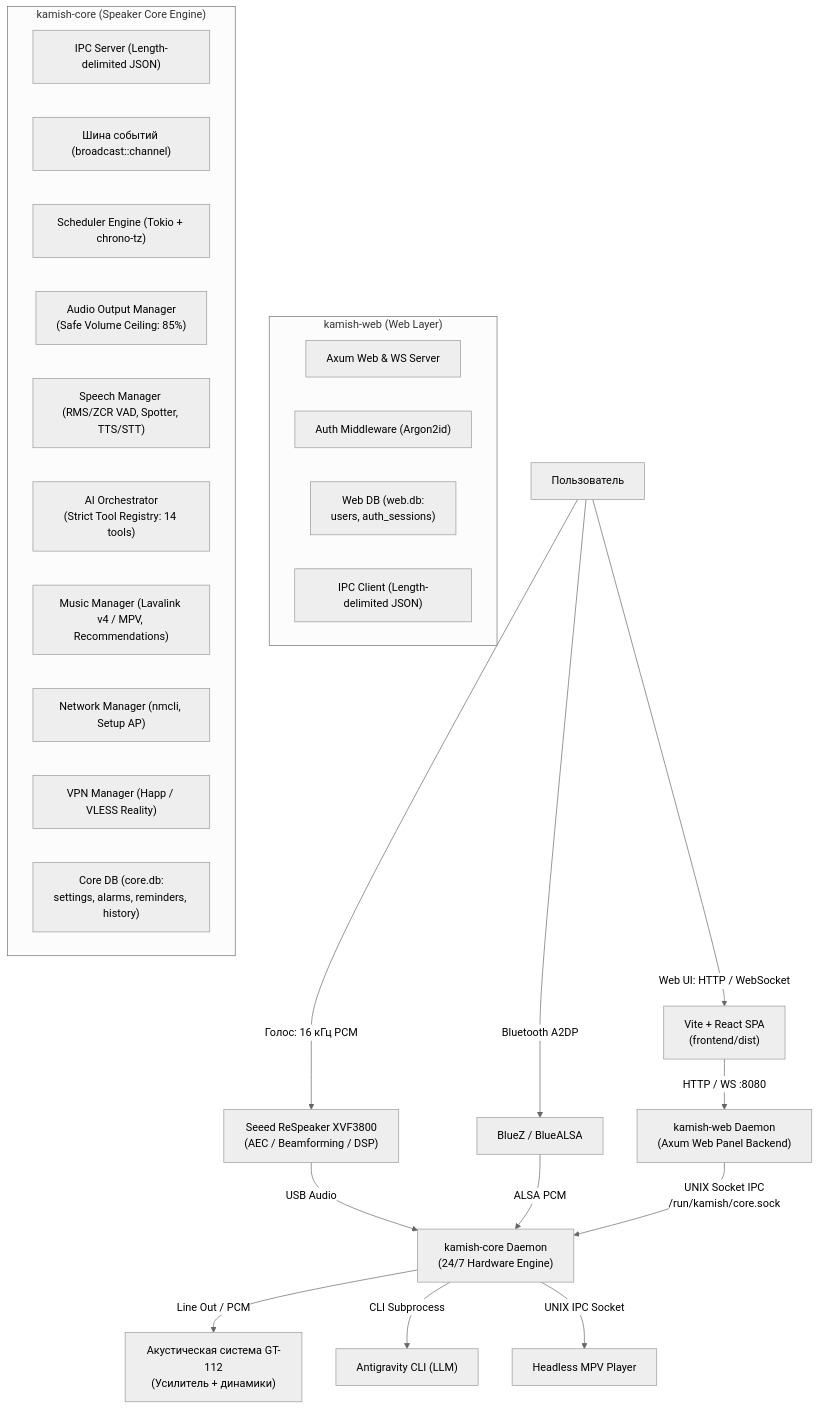
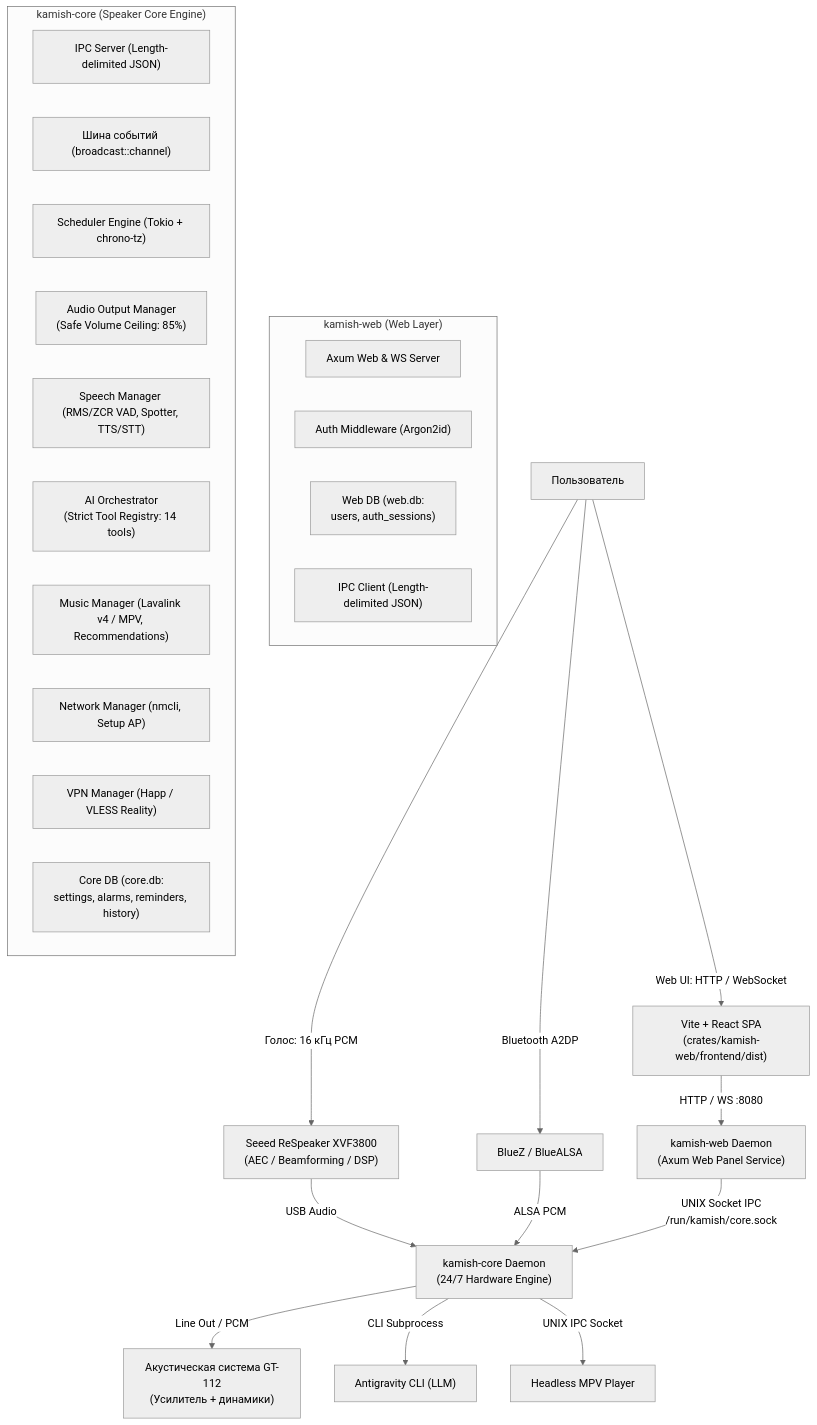
The diagram in docs/ARCHITECTURE.md (kash-ts/kamish-os), drawn with Mermaid (neutral theme) before and after one commit. The commit also changed other lines of this file and 11 other files, not shown here.

````diff
--- a/docs/ARCHITECTURE.md
+++ b/docs/ARCHITECTURE.md
@@ -11,36 +11,36 @@
 ```mermaid
 graph TD
     User["Пользователь"] -->|Голос: 16 кГц PCM| ReSpeaker["Seeed ReSpeaker XVF3800\n(AEC / Beamforming / DSP)"]
-    User -->|Web UI: HTTP / WebSocket| WebUI["Vite + React SPA\n(frontend/dist)"]
+    User -->|Web UI: HTTP / WebSocket| WebUI["Vite + React SPA\n(crates/kamish-web/frontend/dist)"]
     User -->|Bluetooth A2DP| BlueZ["BlueZ / BlueALSA"]
 
     ReSpeaker -->|USB Audio| Core["kamish-core Daemon\n(24/7 Hardware Engine)"]
     BlueZ -->|ALSA PCM| Core
 
-    WebUI -->|HTTP / WS :8080| Web["kamish-web Daemon\n(Axum Web Panel Backend)"]
+    WebUI -->|HTTP / WS :8080| Web["kamish-web Daemon\n(Axum Web Panel Service)"]
     Web -->|UNIX Socket IPC\n/run/kamish/core.sock| Core
 
     subgraph Kamish_Web ["kamish-web (Web Layer)"]
         WebAxum["Axum Web & WS Server"]
         WebAuth["Auth Middleware (Argon2id)"]
         WebDb["Web DB (web.db:\nusers, auth_sessions)"]
         IpcCl["IPC Client (Length-delimited JSON)"]
     end
 
     subgraph Kamish_Core ["kamish-core (Speaker Core Engine)"]
         IpcSrv["IPC Server (Length-delimited JSON)"]
         EventBus["Шина событий (broadcast::channel)"]
         Scheduler["Scheduler Engine (Tokio + chrono-tz)"]
         AudioMgr["Audio Output Manager\n(Safe Volume Ceiling: 85%)"]
         SpeechMgr["Speech Manager (RMS/ZCR VAD, Spotter, TTS/STT)"]
         AiOrch["AI Orchestrator\n(Strict Tool Registry: 14 tools)"]
         MusicMgr["Music Manager (Lavalink v4 / MPV, Recommendations)"]
         NetMgr["Network Manager (nmcli, Setup AP)"]
         VpnMgr["VPN Manager (Happ / VLESS Reality)"]
         CoreDb["Core DB (core.db:\nsettings, alarms, reminders, history)"]
     end
 
     Core -->|Line Out / PCM| GT112["Акустическая система GT-112\n(Усилитель + динамики)"]
     Core -->|CLI Subprocess| AntigravityCLI["Antigravity CLI (LLM)"]
     Core -->|UNIX IPC Socket| MPV["Headless MPV Player"]
 ```
````
